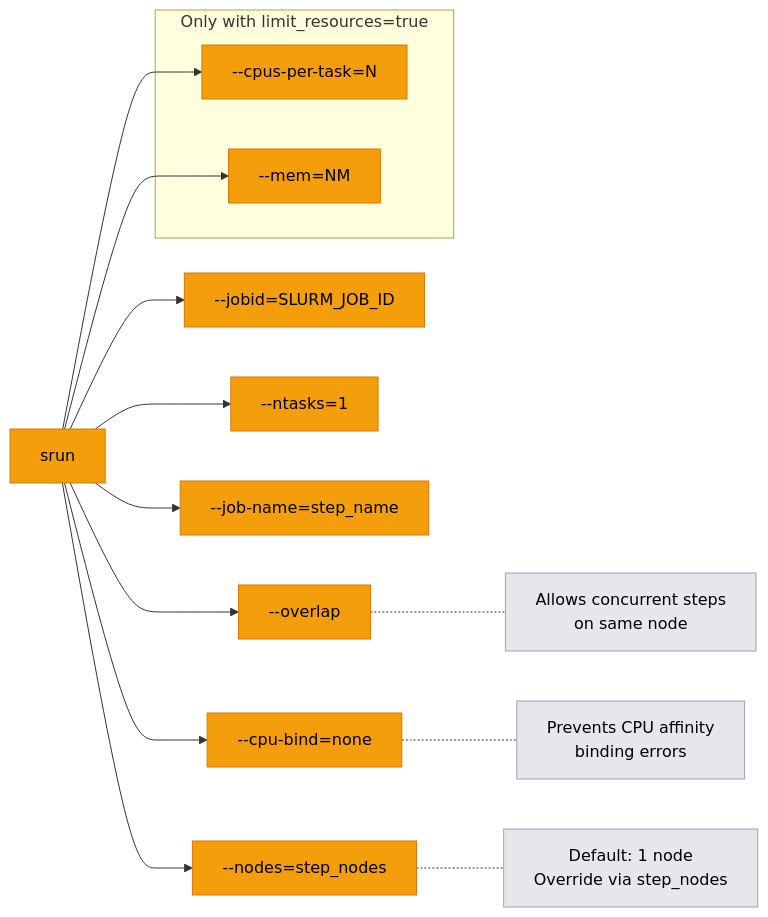
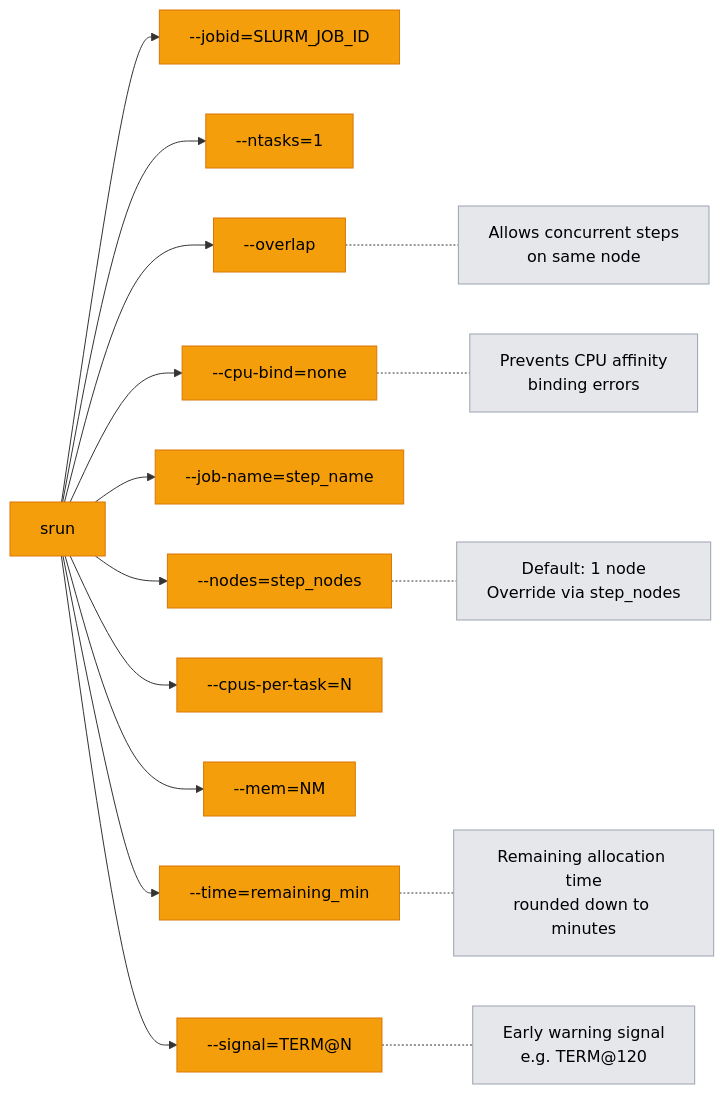
Before and after one commit to NatLabRockies/torc: the second of 6 diagrams in docs/src/specialized/design/srun-monitoring.md, drawn with Mermaid. The commit also changed other lines of this file and 20 other files, not shown here.

````diff
--- a/docs/src/specialized/design/srun-monitoring.md
+++ b/docs/src/specialized/design/srun-monitoring.md
@@ -66,33 +66,35 @@
 ```mermaid
 flowchart LR
     classDef flag fill:#f59e0b,color:#000,stroke:#d97706
     classDef note fill:#e5e7eb,color:#000,stroke:#9ca3af
 
     SRUN[srun]:::flag
     JOBID["--jobid=SLURM_JOB_ID"]:::flag
     NT["--ntasks=1"]:::flag
     OV["--overlap"]:::flag
     CB["--cpu-bind=none"]:::flag
     JN["--job-name=step_name"]:::flag
     ND["--nodes=step_nodes"]:::flag
     CPU["--cpus-per-task=N"]:::flag
     MEM["--mem=NM"]:::flag
+    TIME["--time=remaining_min"]:::flag
+    SIG["--signal=TERM@N"]:::flag
 
     SRUN --> JOBID
     SRUN --> NT
     SRUN --> OV
     SRUN --> CB
     SRUN --> JN
     SRUN --> ND
 
     ND -.- N1["Default: 1 node<br/>Override via step_nodes"]:::note
     OV -.- N2["Allows concurrent steps<br/>on same node"]:::note
     CB -.- N3["Prevents CPU affinity<br/>binding errors"]:::note
+    TIME -.- N4["Remaining allocation time<br/>rounded down to minutes"]:::note
+    SIG -.- N5["Early warning signal<br/>e.g. TERM@120"]:::note
 
-    subgraph "Only with limit_resources=true"
-        CPU
-        MEM
-    end
     SRUN --> CPU
     SRUN --> MEM
+    SRUN --> TIME
+    SRUN --> SIG
 ```
````
